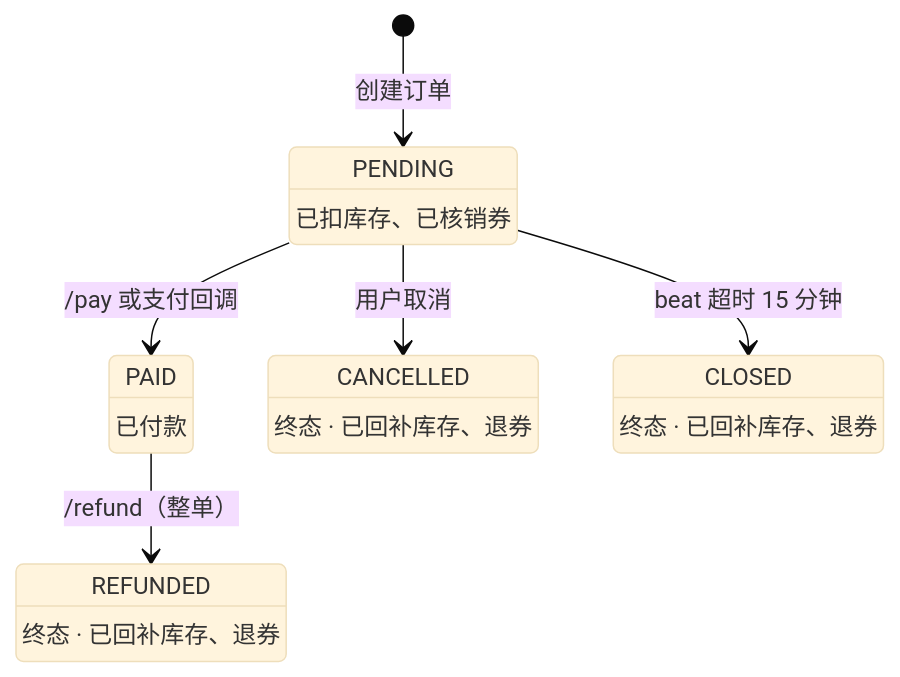
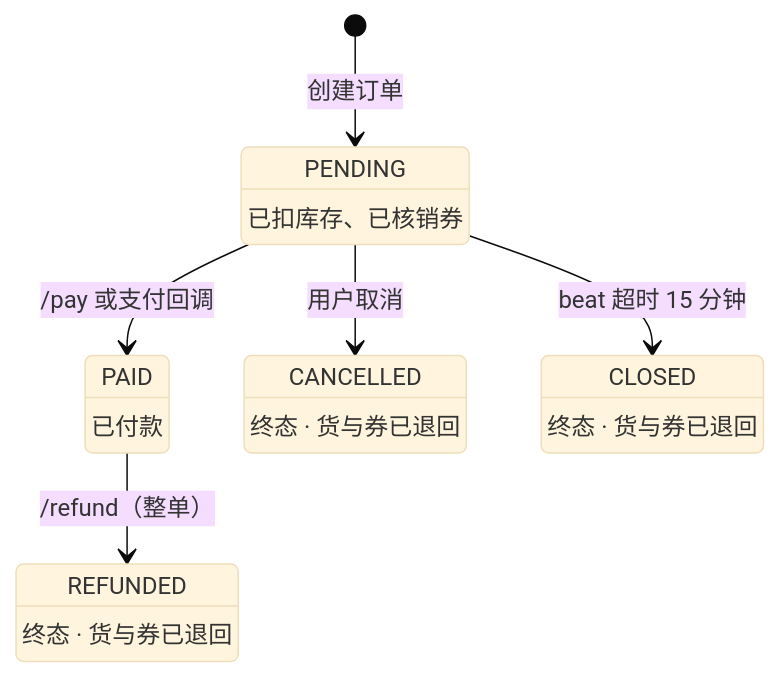
The third of 4 diagrams in README.md (ColdZeda/commerce-core), drawn with Mermaid (base theme) before and after one commit. The commit also changed other lines of this file, not shown here.

````diff
--- a/README.md
+++ b/README.md
@@ -178,21 +180,21 @@
 ```mermaid
 stateDiagram-v2
   state "PENDING" as P
   state "PAID" as PD
   state "CANCELLED" as C
   state "CLOSED" as CL
   state "REFUNDED" as RF
 
   [*] --> P: 创建订单
   P: 已扣库存、已核销券
 
   P --> PD: /pay 或支付回调
   P --> C: 用户取消
   P --> CL: beat 超时 15 分钟
   PD --> RF: /refund（整单）
 
   PD: 已付款
-  C: 终态 · 已回补库存、退券
-  CL: 终态 · 已回补库存、退券
-  RF: 终态 · 已回补库存、退券
+  C: 终态 · 货与券已退回
+  CL: 终态 · 货与券已退回
+  RF: 终态 · 货与券已退回
 ```
````
